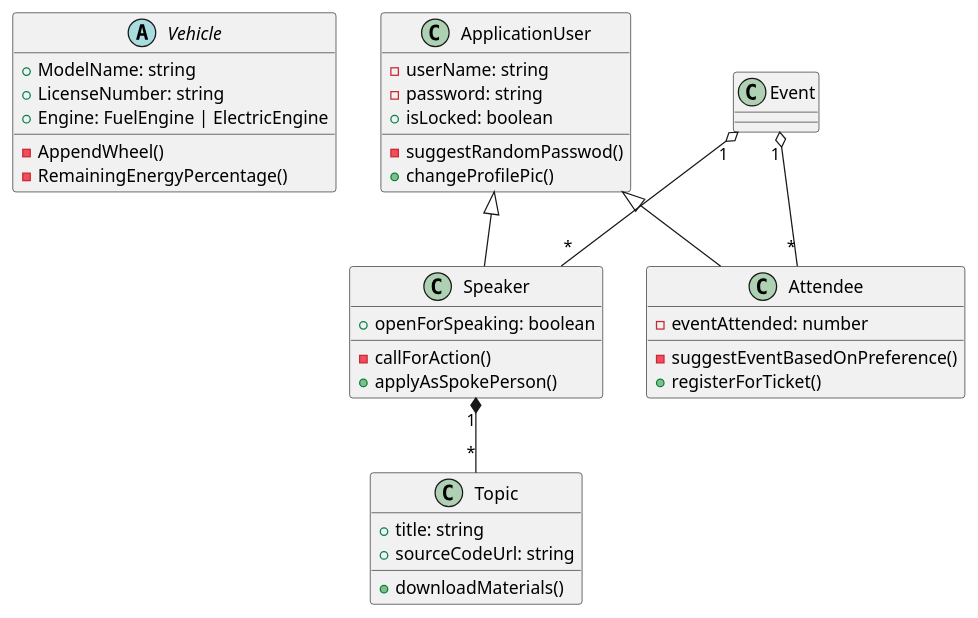
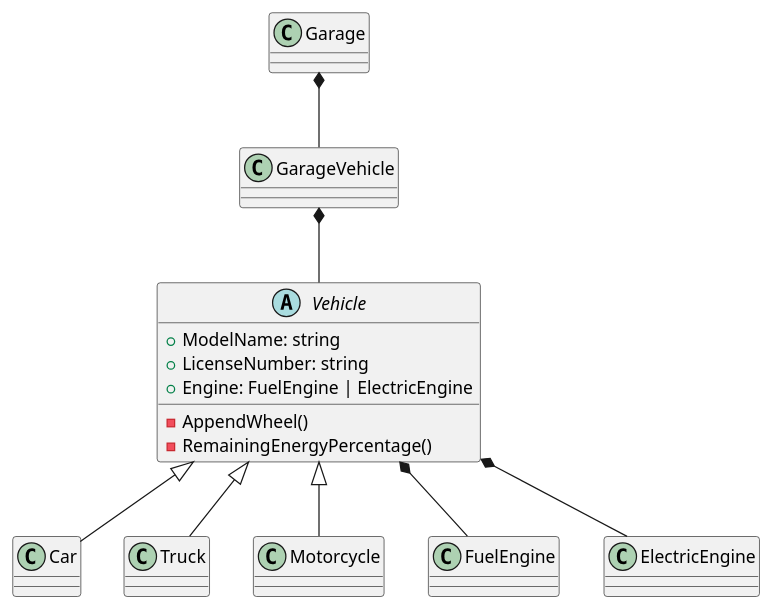
Before and after one commit to GalRabin/csharp-course: the diagram in Ex3/GarageLogic/Objects.puml, drawn with PlantUML. The commit also changed 1 other file, not shown here.

Commit message:
PlantUML

```diff
--- a/Ex3/GarageLogic/Objects.puml
+++ b/Ex3/GarageLogic/Objects.puml
@@ -1,41 +1,45 @@
 @startuml
+class Garage {
+
+}
+
+class GarageVehicle {
+
+}
+
 abstract class Vehicle {
     +ModelName: string
     +LicenseNumber: string
     +Engine: FuelEngine | ElectricEngine
     -AppendWheel()
     -RemainingEnergyPercentage()
 }
 
-class ApplicationUser {
-    -userName: string
-    -password: string
-    +isLocked: boolean
-    -suggestRandomPasswod()
-    +changeProfilePic()
+class Car {
 }
 
-class Speaker {
-    +openForSpeaking: boolean
-    -callForAction()
-    +applyAsSpokePerson()
+class Truck {
+
 }
 
-class Topic {
-    +title: string
-    +sourceCodeUrl: string
-    +downloadMaterials()
+class Motorcycle {
+
 }
 
-class Attendee {
-    -eventAttended: number
-    -suggestEventBasedOnPreference()
-    +registerForTicket()
+class FuelEngine {
+
 }
 
-ApplicationUser <|-- Speaker
-ApplicationUser <|-- Attendee
-Speaker "1" *-- "*" Topic
-Event "1" o-- "*" Speaker
-Event "1" o-- "*" Attendee
+class ElectricEngine {
+
+}
+
+Garage *-- GarageVehicle
+GarageVehicle *-- Vehicle
+Vehicle <|-- Car
+Vehicle <|-- Truck
+Vehicle <|-- Motorcycle
+Vehicle *-- FuelEngine
+Vehicle *-- ElectricEngine
+
 @enduml
```
